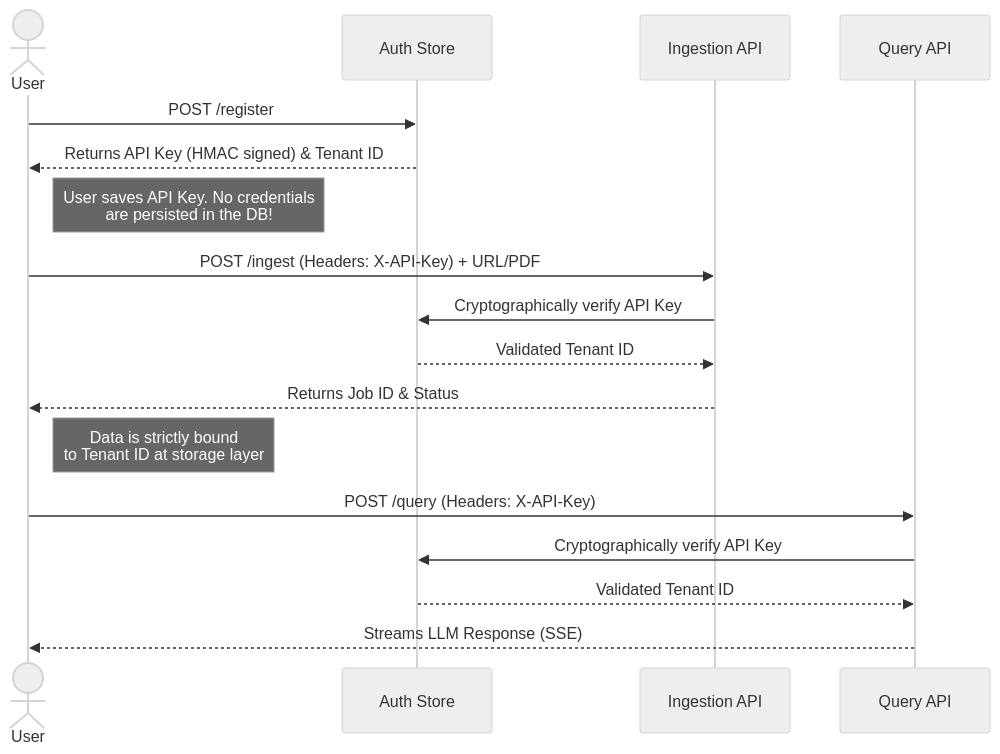
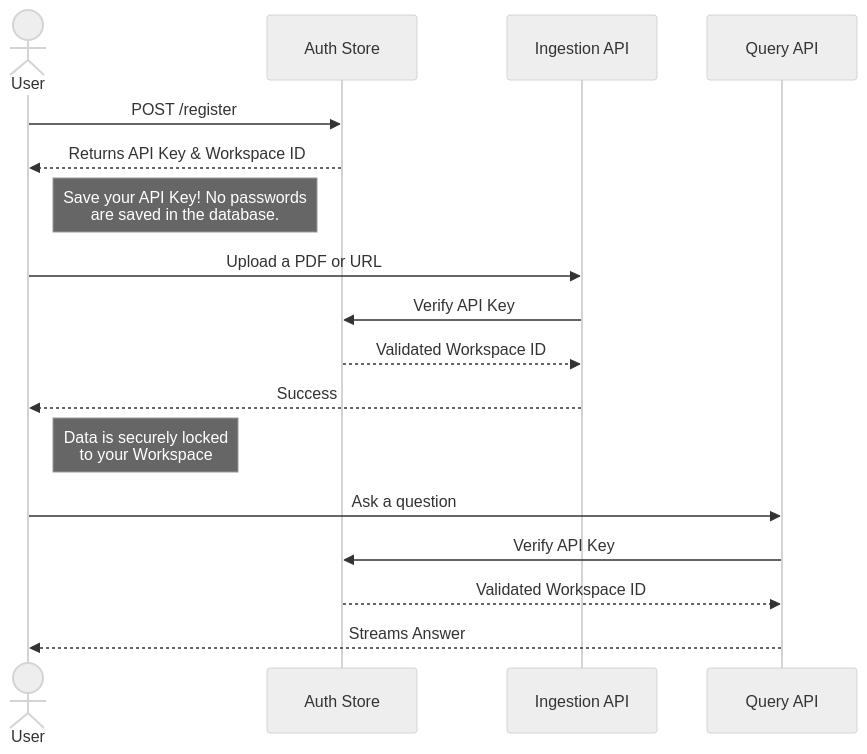
Before and after one commit to rudrabaru/nexus-rag: the first of 4 diagrams in README.md, drawn with Mermaid (neutral theme). The commit also changed other lines of this file, not shown here.

````diff
--- a/README.md
+++ b/README.md
@@ -108,25 +105,25 @@
 ```mermaid
 sequenceDiagram
     actor User
     participant Auth as Auth Store
     participant Ingest as Ingestion API
     participant Query as Query API
 
     %% Registration
     User->>Auth: POST /register
-    Auth-->>User: Returns API Key (HMAC signed) & Tenant ID
-    Note right of User: User saves API Key. No credentials<br/>are persisted in the DB!
+    Auth-->>User: Returns API Key & Workspace ID
+    Note right of User: Save your API Key! No passwords<br/>are saved in the database.
 
     %% Ingestion
-    User->>Ingest: POST /ingest (Headers: X-API-Key) + URL/PDF
-    Ingest->>Auth: Cryptographically verify API Key
-    Auth-->>Ingest: Validated Tenant ID
-    Ingest-->>User: Returns Job ID & Status
-    Note right of User: Data is strictly bound<br/>to Tenant ID at storage layer
+    User->>Ingest: Upload a PDF or URL
+    Ingest->>Auth: Verify API Key
+    Auth-->>Ingest: Validated Workspace ID
+    Ingest-->>User: Success
+    Note right of User: Data is securely locked<br/>to your Workspace
 
     %% Querying
-    User->>Query: POST /query (Headers: X-API-Key)
-    Query->>Auth: Cryptographically verify API Key
-    Auth-->>Query: Validated Tenant ID
-    Query-->>User: Streams LLM Response (SSE)
+    User->>Query: Ask a question
+    Query->>Auth: Verify API Key
+    Auth-->>Query: Validated Workspace ID
+    Query-->>User: Streams Answer
 ```
````
